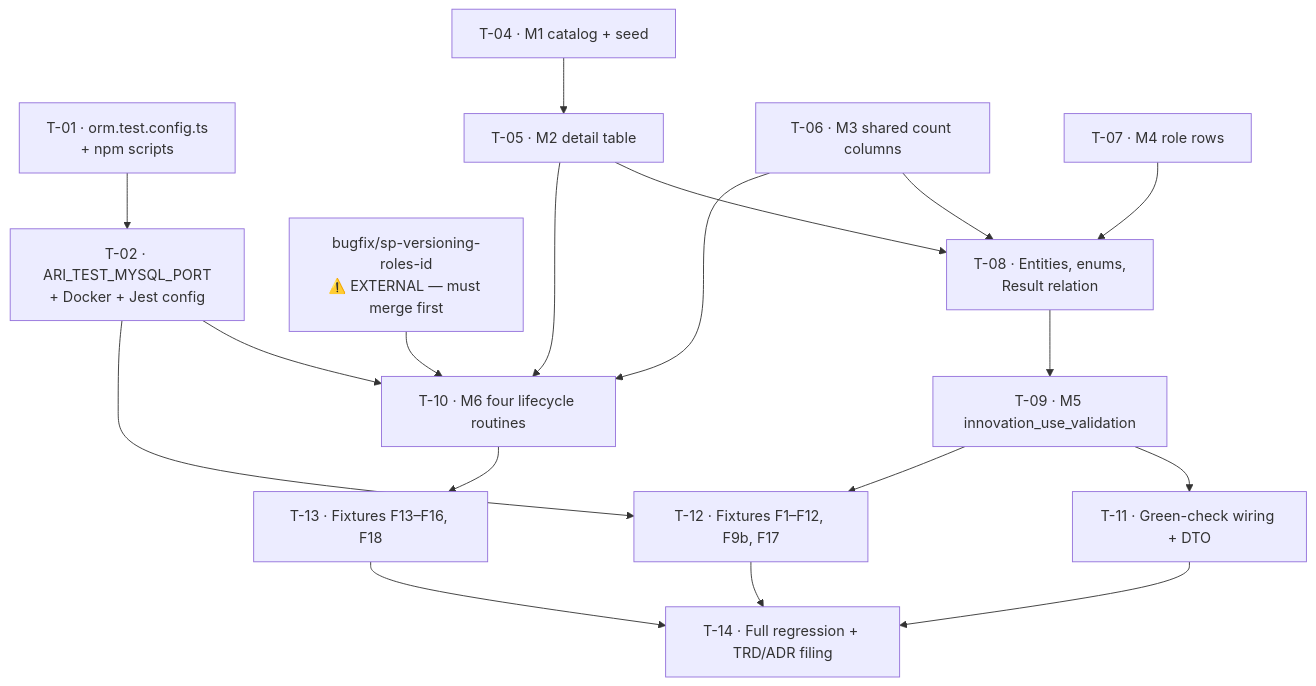
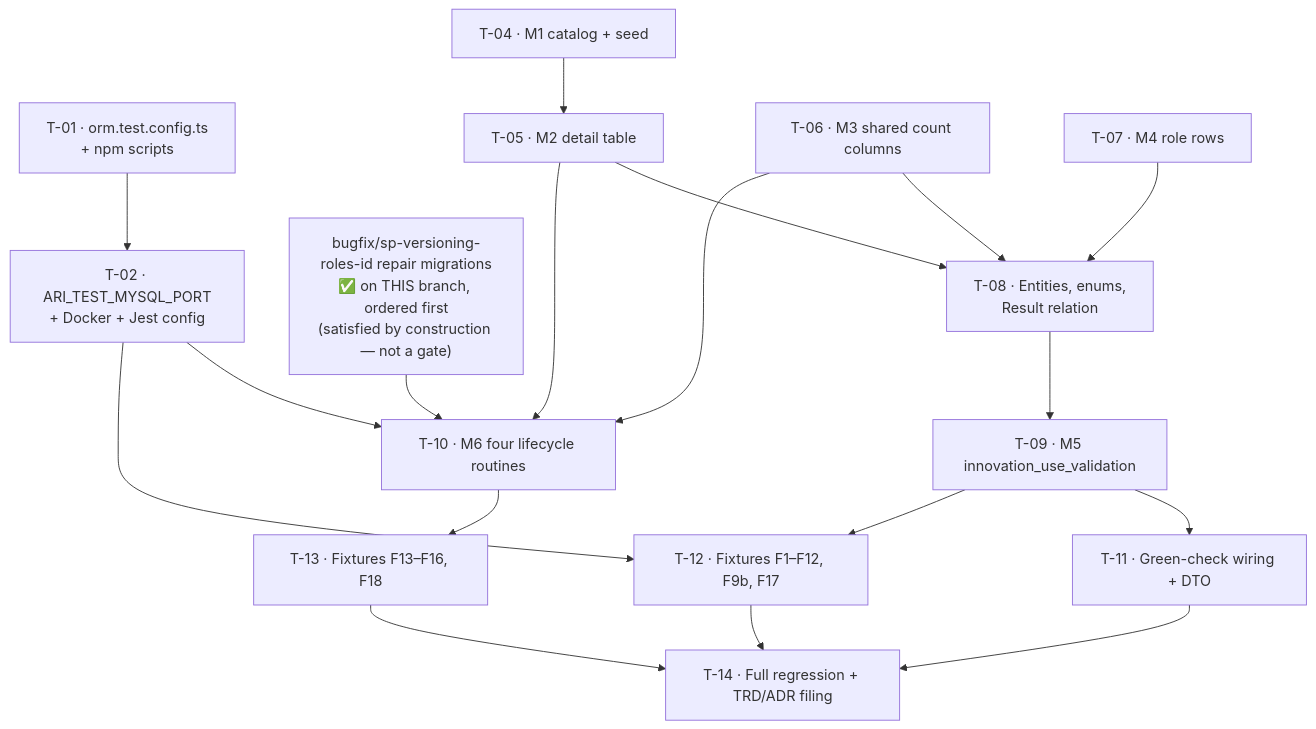
The diagram in docs/specs/innovation-use/data-model-and-catalog/tasks.md (AllianceBioversityCIAT/alliance-research-indicators-main), drawn with Mermaid before and after one commit. The commit also changed other lines of this file and 3 other files, not shown here.

````diff
--- a/docs/specs/innovation-use/data-model-and-catalog/tasks.md
+++ b/docs/specs/innovation-use/data-model-and-catalog/tasks.md
@@ -32,20 +32,20 @@
 ```mermaid
 graph TD
   T01["T-01 · orm.test.config.ts<br/>+ npm scripts"] --> T02["T-02 · ARI_TEST_MYSQL_PORT<br/>+ Docker + Jest config"]
   T02 --> T10["T-10 · M6 four lifecycle routines"]
-  BUG["bugfix/sp-versioning-roles-id<br/>⚠️ EXTERNAL — must merge first"] --> T10
+  BUG["bugfix/sp-versioning-roles-id repair migrations<br/>✅ on THIS branch, ordered first<br/>(satisfied by construction — not a gate)"] --> T10
   T04["T-04 · M1 catalog + seed"] --> T05["T-05 · M2 detail table"]
   T05 --> T08["T-08 · Entities, enums,<br/>Result relation"]
   T06["T-06 · M3 shared count columns"] --> T08
   T07["T-07 · M4 role rows"] --> T08
   T05 --> T10
   T06 --> T10
   T08 --> T09["T-09 · M5 innovation_use_validation"]
   T09 --> T11["T-11 · Green-check wiring + DTO"]
   T09 --> T12["T-12 · Fixtures F1–F12, F9b, F17"]
   T02 --> T12
   T10 --> T13["T-13 · Fixtures F13–F16, F18"]
   T11 --> T14["T-14 · Full regression + TRD/ADR filing"]
   T12 --> T14
   T13 --> T14
 ```
````
